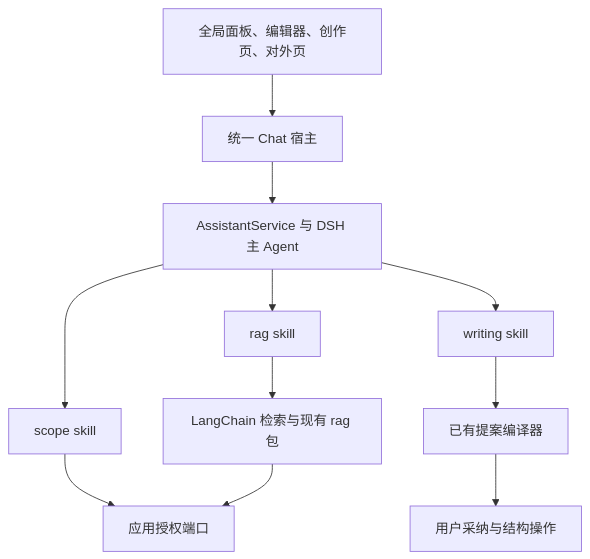
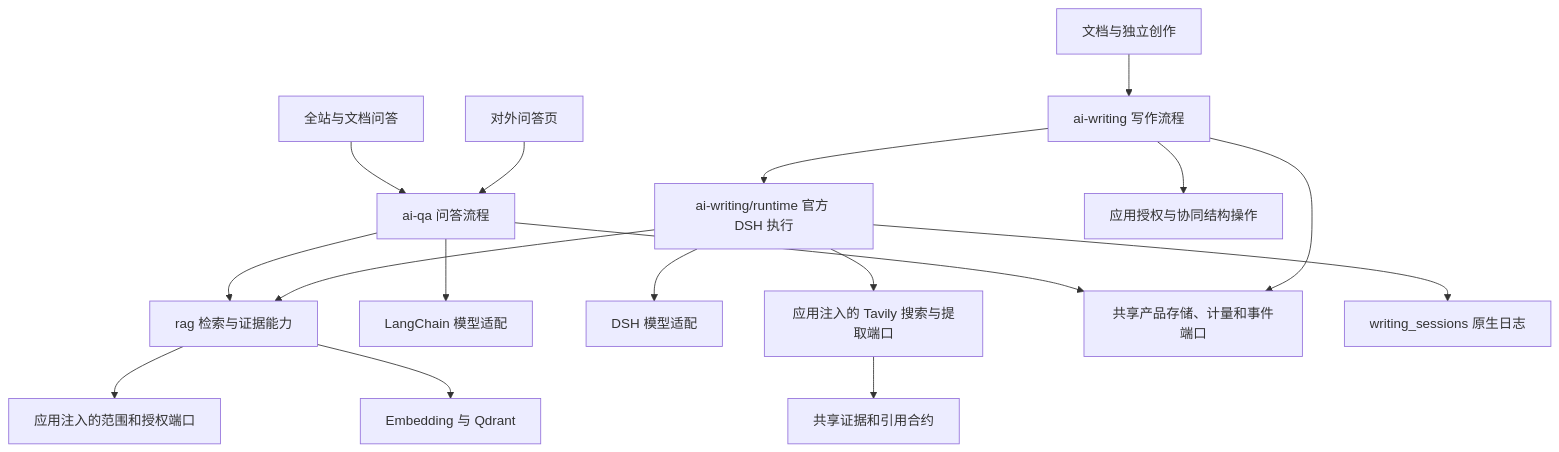
One commit to hu-bo/zhishu changed the first of 3 diagrams in docs/apps/ai-assistant-and-public-qa.md. Above: the diagram before and after it, drawn with Mermaid. The commit also changed other lines of this file and 233 other files, not shown here.

````diff
--- a/docs/apps/ai-assistant-and-public-qa.md
+++ b/docs/apps/ai-assistant-and-public-qa.md
@@ -42,13 +64,19 @@
 ```mermaid
 flowchart TB
-  Entry[全局面板、编辑器、创作页、对外页] --> Chat[统一 Chat 宿主]
-  Chat --> Assistant[AssistantService 与 DSH 主 Agent]
-  Assistant --> Scope[scope skill]
-  Assistant --> Rag[rag skill]
-  Assistant --> Writing[writing skill]
-  Scope --> Auth[应用授权端口]
-  Rag --> Retrieval[LangChain 检索与现有 rag 包]
-  Retrieval --> Auth
-  Writing --> Compiler[已有提案编译器]
-  Compiler --> Review[用户采纳与结构操作]
+  Global[全站与文档问答] --> QA[ai-qa 问答流程]
+  Public[对外问答页] --> QA
+  Editor[文档与独立创作] --> Writing[ai-writing 写作流程]
+  QA --> Retrieval[rag 检索与证据能力]
+  Writing --> DSH[ai-writing/runtime 官方 DSH 执行]
+  DSH --> Retrieval
+  QA --> ModelQA[LangChain 模型适配]
+  DSH --> ModelWriting[DSH 模型适配]
+  DSH --> Web[应用注入的 Tavily 搜索与提取端口]
+  Web --> Evidence[共享证据和引用合约]
+  Retrieval --> Scope[应用注入的范围和授权端口]
+  Retrieval --> Vector[Embedding 与 Qdrant]
+  QA --> Store[共享产品存储、计量和事件端口]
+  Writing --> Store
+  DSH --> Native[writing_sessions 原生日志]
+  Writing --> Apply[应用授权与协同结构操作]
 ```
````
